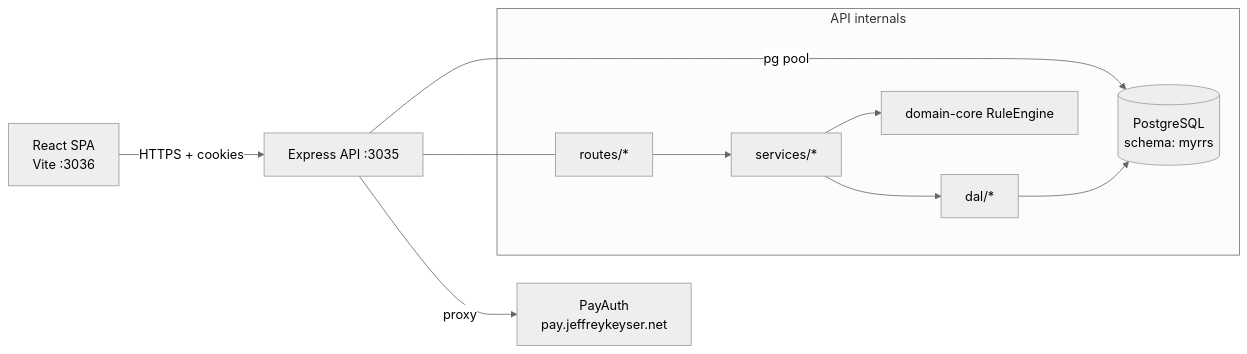
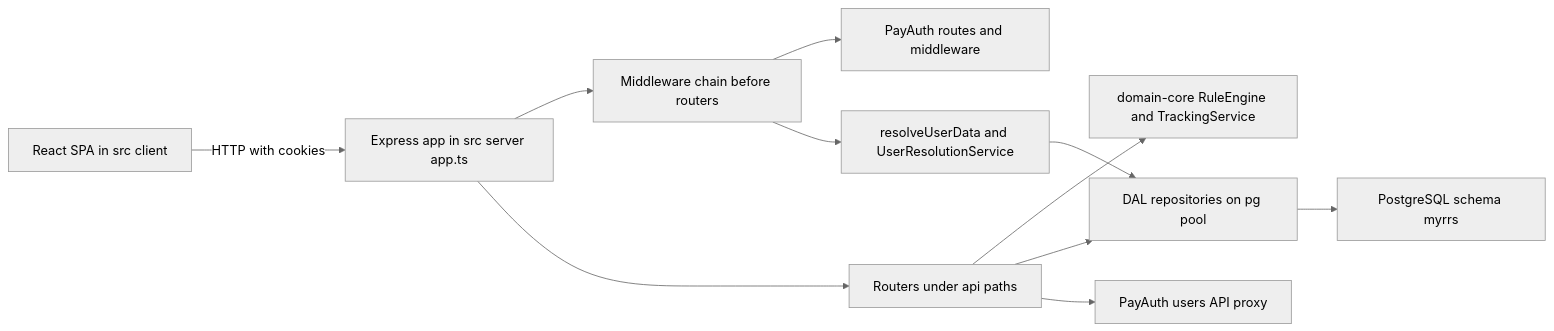
Before and after one commit to Jeffrey-Keyser/project-wiki: the diagram in content/repos/Jeffrey-Keyser-myrrs/Architecture.md, drawn with Mermaid (neutral theme). The commit also changed other lines of this file and 150 other files, not shown here.

````diff
--- a/content/repos/Jeffrey-Keyser-myrrs/Architecture.md
+++ b/content/repos/Jeffrey-Keyser-myrrs/Architecture.md
@@ -10,13 +10,13 @@
 ```mermaid
 flowchart LR
-  Browser[React SPA<br/>Vite :3036] -->|HTTPS + cookies| API[Express API :3035]
-  API -->|pg pool| DB[(PostgreSQL<br/>schema: myrrs)]
-  API -->|proxy| PayAuth[PayAuth<br/>pay.jeffreykeyser.net]
-  subgraph API_internals[API internals]
-    Routes[routes/*] --> Services[services/*]
-    Services --> DAL[dal/*]
-    Services --> RuleEngine[domain-core RuleEngine]
-    DAL --> DB
-  end
-  API --- Routes
+  SPA["React SPA in src client"] -->|"HTTP with cookies"| API["Express app in src server app.ts"]
+  API --> MW["Middleware chain before routers"]
+  MW --> PAYAUTH["PayAuth routes and middleware"]
+  MW --> RESOLVE["resolveUserData and UserResolutionService"]
+  API --> ROUTERS["Routers under api paths"]
+  ROUTERS --> DOMAIN["domain-core RuleEngine and TrackingService"]
+  ROUTERS --> DAL["DAL repositories on pg pool"]
+  ROUTERS --> PAYAPI["PayAuth users API proxy"]
+  RESOLVE --> DAL
+  DAL --> DB["PostgreSQL schema myrrs"]
 ```
````
